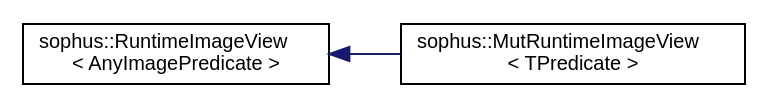
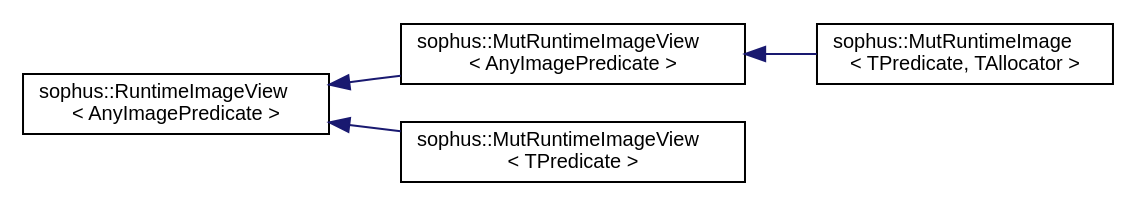
The diagram in latest/_static/inherit_graph_70.dot (strasdat/Sophus), drawn with Graphviz before and after one commit. The commit also changed 203 other files, not shown here.

```diff
--- a/latest/_static/inherit_graph_70.dot
+++ b/latest/_static/inherit_graph_70.dot
@@ -1,10 +1,14 @@
 digraph "Graphical Class Hierarchy"
 {
  // LATEX_PDF_SIZE
   edge [fontname="Helvetica",fontsize="10",labelfontname="Helvetica",labelfontsize="10"];
   node [fontname="Helvetica",fontsize="10",shape=record];
   rankdir="LR";
   Node0 [label="sophus::RuntimeImageView\l\< AnyImagePredicate \>",height=0.2,width=0.4,color="black", fillcolor="white", style="filled",URL="$classsophus_1_1_runtime_image_view.html",tooltip=" "];
   Node0 -> Node1 [dir="back",color="midnightblue",fontsize="10",style="solid",fontname="Helvetica"];
-  Node1 [label="sophus::MutRuntimeImageView\l\< TPredicate \>",height=0.2,width=0.4,color="black", fillcolor="white", style="filled",URL="$classsophus_1_1_mut_runtime_image_view.html",tooltip=" "];
+  Node1 [label="sophus::MutRuntimeImageView\l\< AnyImagePredicate \>",height=0.2,width=0.4,color="black", fillcolor="white", style="filled",URL="$classsophus_1_1_mut_runtime_image_view.html",tooltip=" "];
+  Node1 -> Node2 [dir="back",color="midnightblue",fontsize="10",style="solid",fontname="Helvetica"];
+  Node2 [label="sophus::MutRuntimeImage\l\< TPredicate, TAllocator \>",height=0.2,width=0.4,color="black", fillcolor="white", style="filled",URL="$classsophus_1_1_mut_runtime_image.html",tooltip="Type-erased image with shared ownership, and read-only access to pixels. Type is nullable."];
+  Node0 -> Node3 [dir="back",color="midnightblue",fontsize="10",style="solid",fontname="Helvetica"];
+  Node3 [label="sophus::MutRuntimeImageView\l\< TPredicate \>",height=0.2,width=0.4,color="black", fillcolor="white", style="filled",URL="$classsophus_1_1_mut_runtime_image_view.html",tooltip=" "];
 }
```
